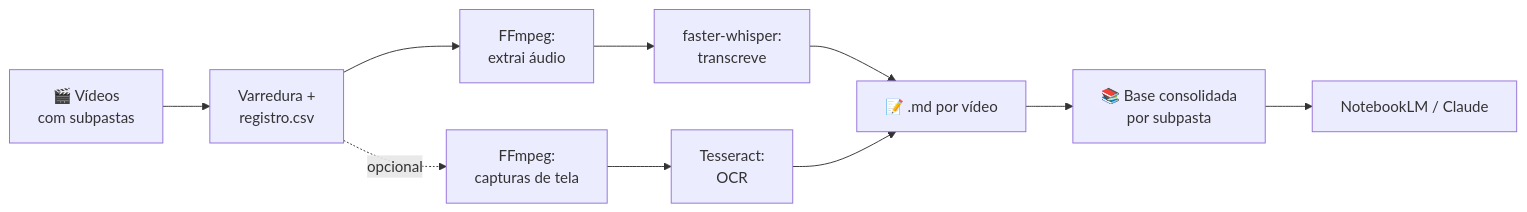
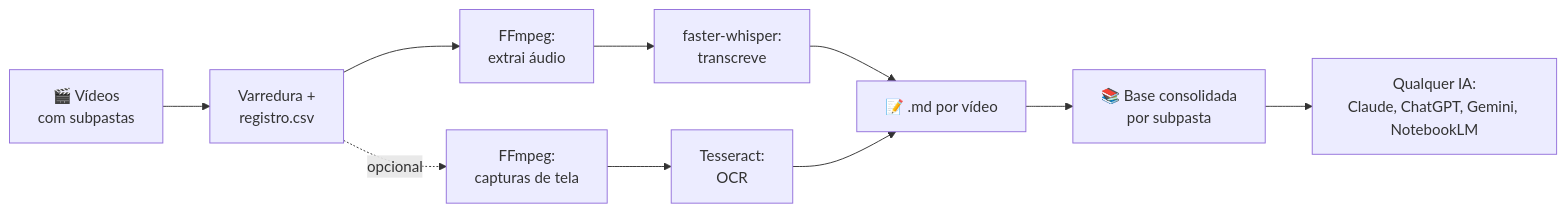
The diagram in README.md (nicorosseto/transcritor-local), drawn with Mermaid before and after one commit. The commit also changed other lines of this file and 22 other files, not shown here.

````diff
--- a/README.md
+++ b/README.md
@@ -49,12 +51,12 @@
 ```mermaid
 flowchart LR
     V[🎬 Vídeos<br/>com subpastas] --> S[Varredura +<br/>registro.csv]
     S --> A[FFmpeg:<br/>extrai áudio]
     A --> W[faster-whisper:<br/>transcreve]
     S -. opcional .-> C[FFmpeg:<br/>capturas de tela]
     C --> O[Tesseract:<br/>OCR]
     W --> M[📝 .md por vídeo]
     O --> M
     M --> B[📚 Base consolidada<br/>por subpasta]
-    B --> IA[NotebookLM / Claude]
+    B --> IA[Qualquer IA:<br/>Claude, ChatGPT, Gemini, NotebookLM]
 ```
````
